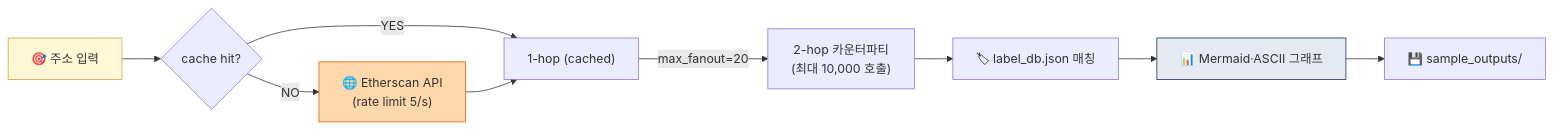
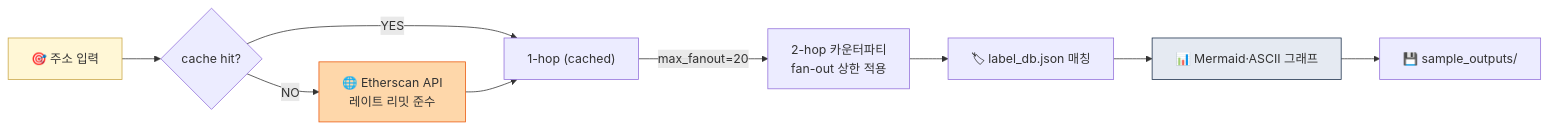
Before and after one commit to lala-david/aml-notes: the first of 2 diagrams in projects/02-onchain-tracer/README.md, drawn with Mermaid. The commit also changed other lines of this file and 233 other files, not shown here.

````diff
--- a/projects/02-onchain-tracer/README.md
+++ b/projects/02-onchain-tracer/README.md
@@ -15,14 +15,14 @@
 ```mermaid
 flowchart LR
     A["🎯 주소 입력"] --> C{"cache hit?"}
     C -->|YES| H1["1-hop (cached)"]
-    C -->|NO| E["🌐 Etherscan API<br/>(rate limit 5/s)"]
+    C -->|NO| E["🌐 Etherscan API<br/>레이트 리밋 준수"]
     E --> H1
-    H1 -->|max_fanout=20| H2["2-hop 카운터파티<br/>(최대 10,000 호출)"]
+    H1 -->|max_fanout=20| H2["2-hop 카운터파티<br/>fan-out 상한 적용"]
     H2 --> L["🏷 label_db.json 매칭"]
     L --> G["📊 Mermaid·ASCII 그래프"]
     G --> S["💾 sample_outputs/"]
     style A fill:#fff7d6,stroke:#c9a646
     style E fill:#fed7aa,stroke:#ea580c
     style G fill:#e5eaf2,stroke:#1a2e4a
 ```
````
